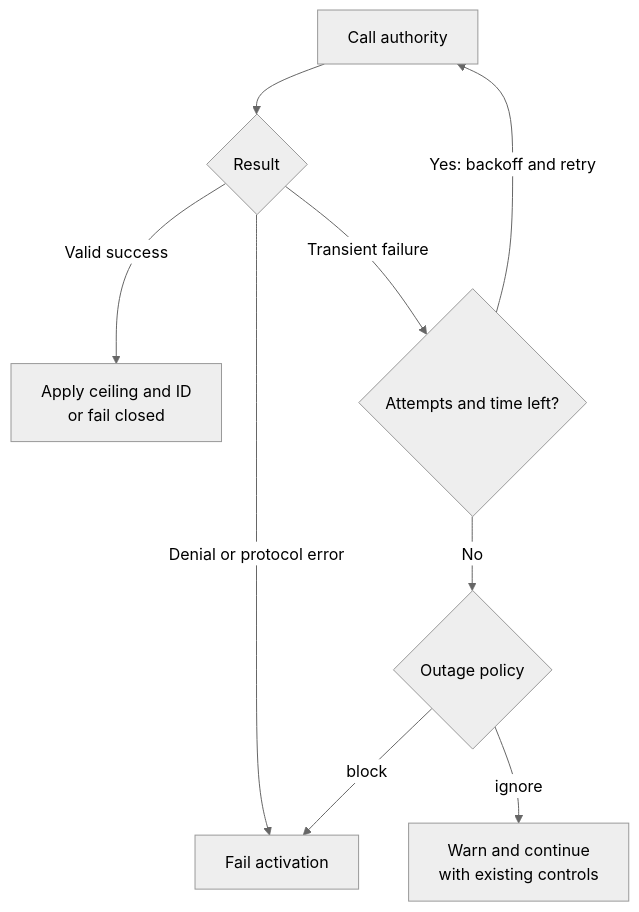
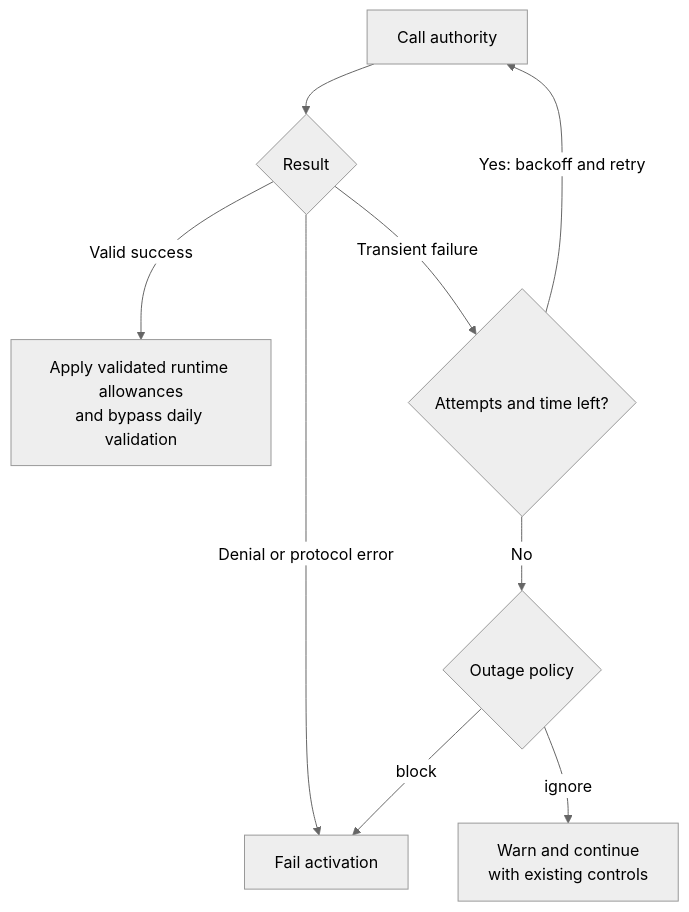
One commit to githubnext/gh-aw changed the fourth of 5 diagrams in docs/src/content/docs/specs/admission-service-specification.md. Above: the diagram before and after it, drawn with Mermaid (neutral theme). The commit also changed other lines of this file and 419 other files, not shown here.

First line of the commit message:
Add isolated OIDC admission and runtime credit allowances (#70429)

````diff
--- a/docs/src/content/docs/specs/admission-service-specification.md
+++ b/docs/src/content/docs/specs/admission-service-specification.md
@@ -501,11 +519,11 @@
 ```mermaid
 flowchart TD
     A["Call authority"] --> R{"Result"}
-    R -->|Valid success| C["Apply ceiling and ID<br/>or fail closed"]
+    R -->|Valid success| C["Apply validated runtime allowances<br/>and bypass daily validation"]
     R -->|Denial or protocol error| B["Fail activation"]
     R -->|Transient failure| T{"Attempts and time left?"}
     T -->|Yes: backoff and retry| A
     T -->|No| P{"Outage policy"}
     P -->|ignore| I["Warn and continue<br/>with existing controls"]
     P -->|block| B
 ```
````
